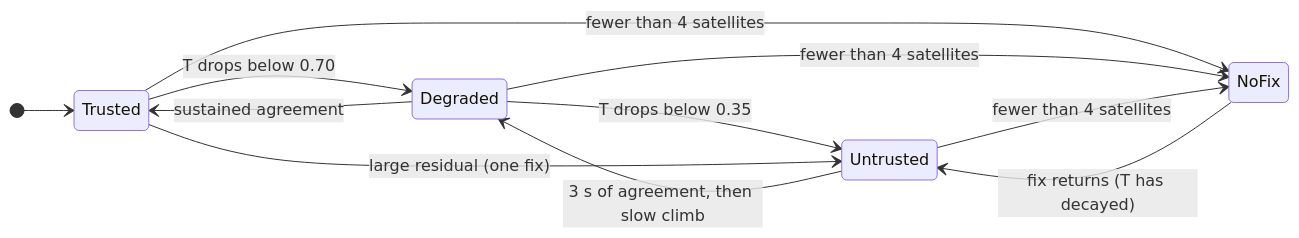
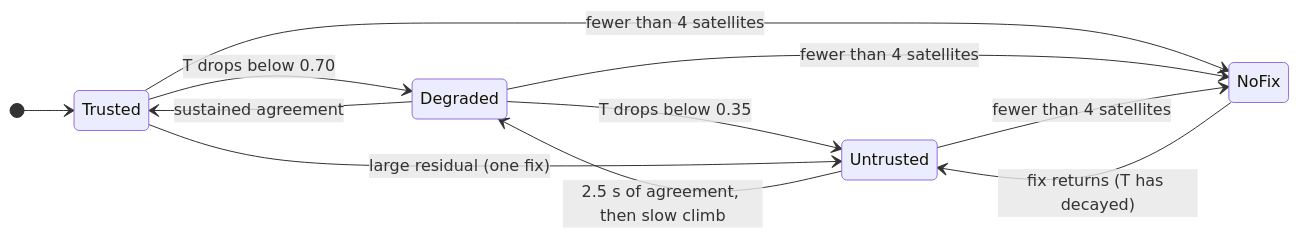
One commit to Bhavarth257/gnss-sentinel changed the second of 3 diagrams in README.md. Above: the diagram before and after it, drawn with Mermaid. The commit also changed other lines of this file and 7 other files, not shown here.

````diff
--- a/README.md
+++ b/README.md
@@ -166,14 +197,14 @@
 ```mermaid
 stateDiagram-v2
     direction LR
     [*] --> Trusted
     Trusted --> Degraded: T drops below 0.70
     Degraded --> Untrusted: T drops below 0.35
     Trusted --> Untrusted: large residual (one fix)
-    Untrusted --> Degraded: 3 s of agreement, then slow climb
+    Untrusted --> Degraded: 2.5 s of agreement, then slow climb
     Degraded --> Trusted: sustained agreement
     Trusted --> NoFix: fewer than 4 satellites
     Degraded --> NoFix: fewer than 4 satellites
     Untrusted --> NoFix: fewer than 4 satellites
     NoFix --> Untrusted: fix returns (T has decayed)
 ```
````
